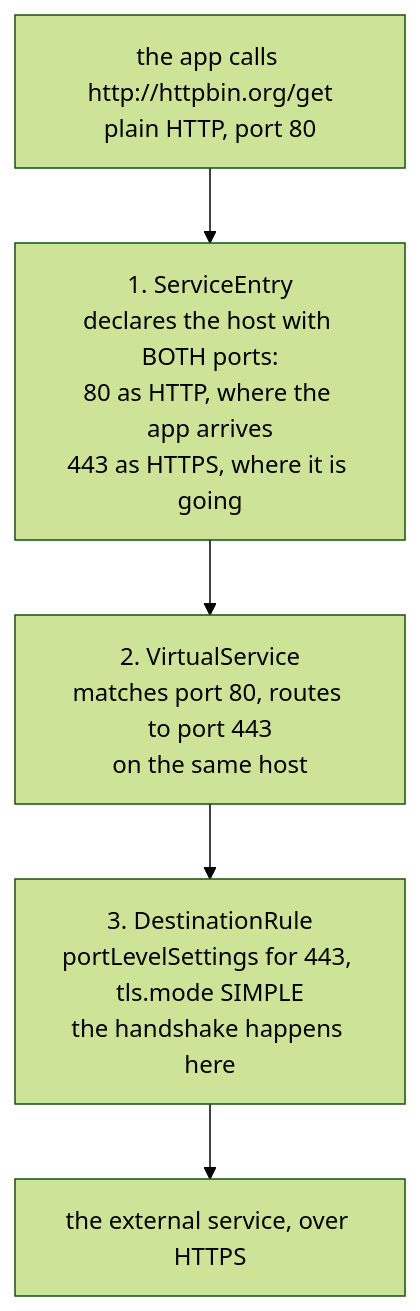
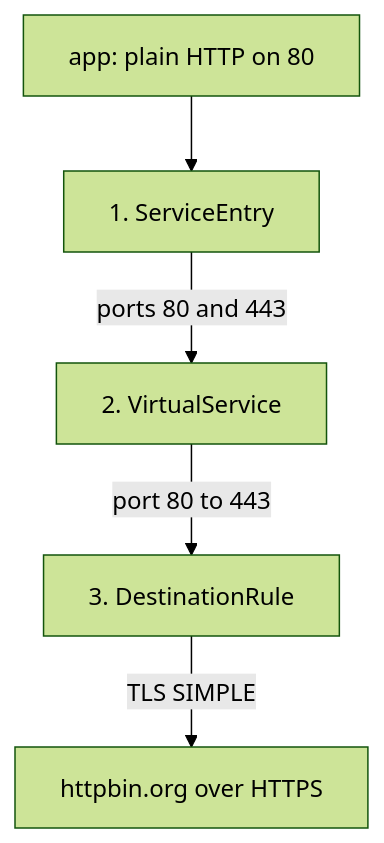
One commit to astrona-io/ATS014 changed the diagram in sections/section-070/module-02/course-02-the-three-objects.md. Above: the diagram before and after it, drawn with Mermaid (forest theme). The commit also changed other lines of this file and 444 other files, not shown here.

````diff
--- a/sections/section-070/module-02/course-02-the-three-objects.md
+++ b/sections/section-070/module-02/course-02-the-three-objects.md
@@ -9,7 +7,7 @@
 ```mermaid
-flowchart TD
-    A["the app calls http://httpbin.org/get<br/>plain HTTP, port 80"] --> S["1. ServiceEntry<br/>declares the host with BOTH ports:<br/>80 as HTTP, where the app arrives<br/>443 as HTTPS, where it is going"]
-    S --> V["2. VirtualService<br/>matches port 80, routes to port 443<br/>on the same host"]
-    V --> D["3. DestinationRule<br/>portLevelSettings for 443, tls.mode SIMPLE<br/>the handshake happens here"]
-    D --> E["the external service, over HTTPS"]
+flowchart TB
+    A["app: plain HTTP on 80"] --> S["1. ServiceEntry"]
+    S -->|"ports 80 and 443"| V["2. VirtualService"]
+    V -->|"port 80 to 443"| D["3. DestinationRule"]
+    D -->|"TLS SIMPLE"| E["httpbin.org over HTTPS"]
 ```
````
